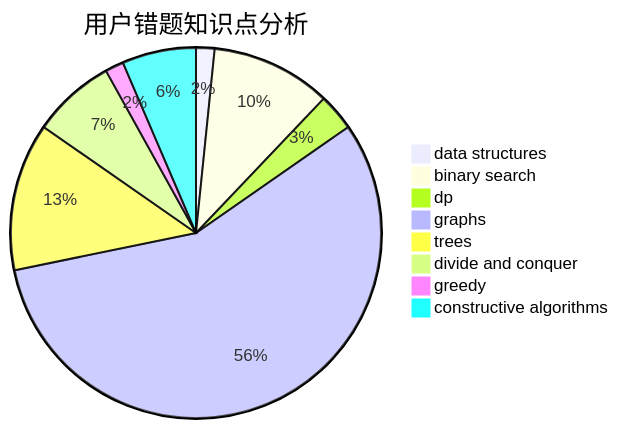
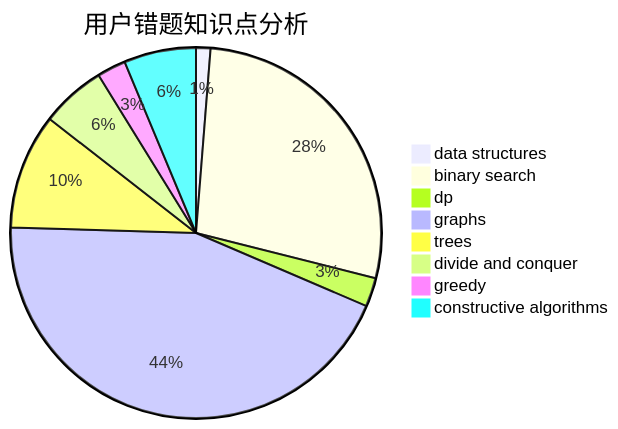
The third of 3 diagrams in docs/user/u357.md (sherpahu/cfrs.github.io), drawn with Mermaid before and after one commit. The commit also changed other lines of this file and 2770 other files, not shown here.

````diff
--- a/docs/user/u357.md
+++ b/docs/user/u357.md
@@ -36,11 +36,11 @@
 ```mermaid
 pie title 用户错题知识点分析
     "data structures" :  2
-    "binary search" :  13
+    "binary search" :  44
     "dp" :  4
     "graphs" :  70
     "trees" :  16
     "divide and conquer" :  9
-    "greedy" :  2
-    "constructive algorithms" :  8
+    "greedy" :  4
+    "constructive algorithms" :  10
 ```
````
